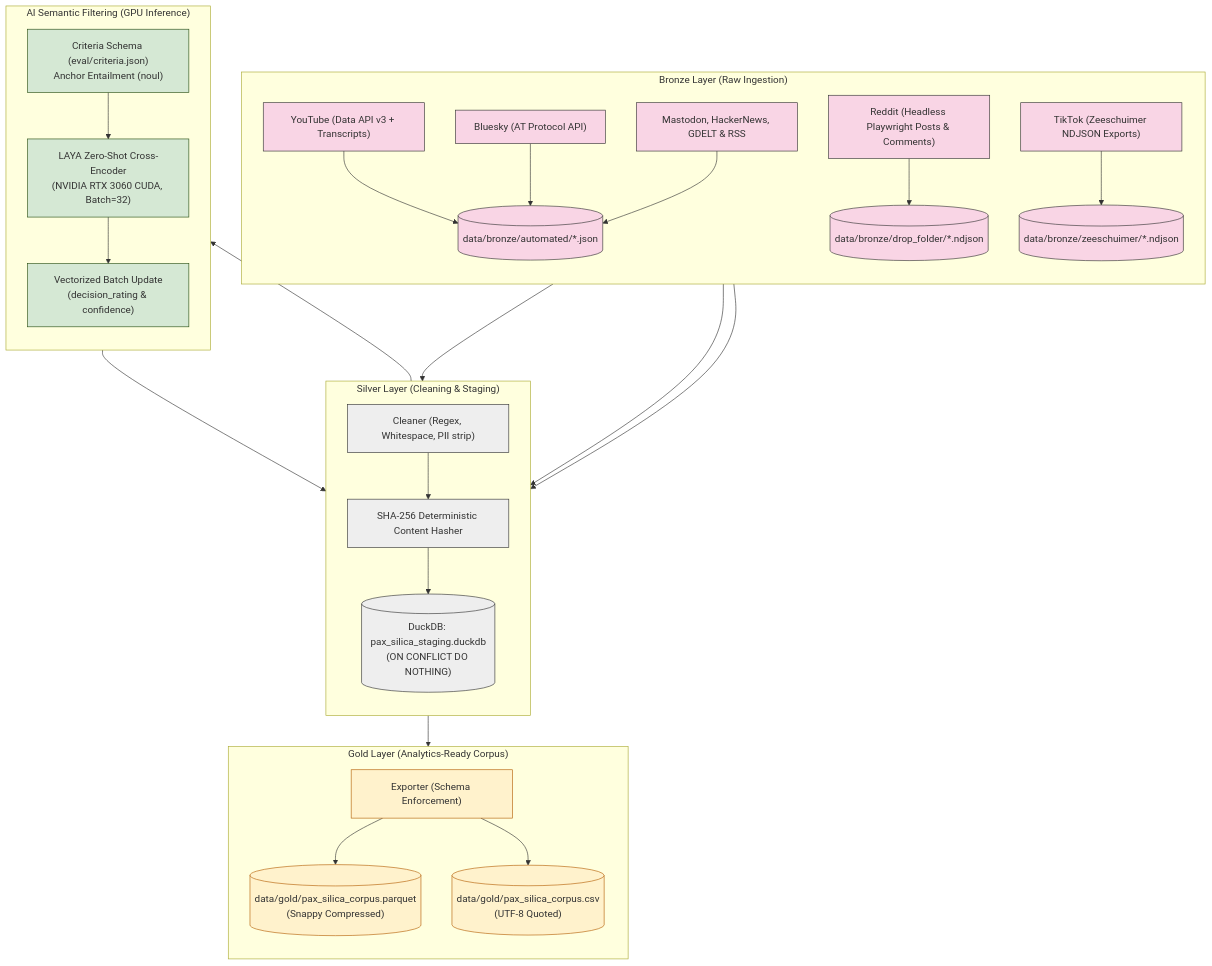
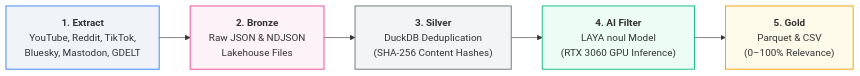
The first of 2 diagrams in README.md (jacob-cob-null/scrape_silica), drawn with Mermaid before and after one commit. The commit also changed other lines of this file, not shown here.

Commit message:
Docs: Simplify Mermaid charts into clean, readable linear flows

````diff
--- a/README.md
+++ b/README.md
@@ -14,56 +14,13 @@
 ```mermaid
-flowchart TD
-    subgraph Bronze["Bronze Layer (Raw Ingestion)"]
-        direction TB
-        E1["YouTube (Data API v3 + Transcripts)"]
-        E2["Reddit (Headless Playwright Posts & Comments)"]
-        E3["TikTok (Zeeschuimer NDJSON Exports)"]
-        E4["Bluesky (AT Protocol API)"]
-        E5["Mastodon, HackerNews, GDELT & RSS"]
-        
-        E1 --> B1[("data/bronze/automated/*.json")]
-        E2 --> B2[("data/bronze/drop_folder/*.ndjson")]
-        E3 --> B3[("data/bronze/zeeschuimer/*.ndjson")]
-        E4 --> B1
-        E5 --> B1
-    end
+flowchart LR
+    A["<b>1. Extract</b><br/>YouTube, Reddit, TikTok,<br/>Bluesky, Mastodon, GDELT"] --> B["<b>2. Bronze</b><br/>Raw JSON & NDJSON<br/>Lakehouse Files"]
+    B --> C["<b>3. Silver</b><br/>DuckDB Deduplication<br/>(SHA-256 Content Hashes)"]
+    C --> D["<b>4. AI Filter</b><br/>LAYA noul Model<br/>(RTX 3060 GPU Inference)"]
+    D --> E["<b>5. Gold</b><br/>Parquet & CSV<br/>(0–100% Relevance)"]
 
-    subgraph Silver["Silver Layer (Cleaning & Staging)"]
-        direction TB
-        C1["Cleaner (Regex, Whitespace, PII strip)"]
-        D1["SHA-256 Deterministic Content Hasher"]
-        DB[("DuckDB: pax_silica_staging.duckdb<br/>(ON CONFLICT DO NOTHING)")]
-        
-        B1 & B2 & B3 --> C1 --> D1 --> DB
-    end
-
-    subgraph AI["AI Semantic Filtering (GPU Inference)"]
-        direction TB
-        CRIT["Criteria Schema (eval/criteria.json)<br/>Anchor Entailment (noul)"]
-        LAYA["LAYA Zero-Shot Cross-Encoder<br/>(NVIDIA RTX 3060 CUDA, Batch=32)"]
-        UPD["Vectorized Batch Update<br/>(decision_rating & confidence)"]
-        
-        DB --> LAYA
-        CRIT --> LAYA
-        LAYA --> UPD --> DB
-    end
-
-    subgraph Gold["Gold Layer (Analytics-Ready Corpus)"]
-        direction TB
-        EXP["Exporter (Schema Enforcement)"]
-        G_PQ[("data/gold/pax_silica_corpus.parquet<br/>(Snappy Compressed)")]
-        G_CSV[("data/gold/pax_silica_corpus.csv<br/>(UTF-8 Quoted)")]
-        
-        DB --> EXP --> G_PQ & G_CSV
-    end
-
-    classDef bronze fill:#f9d5e5,stroke:#333,stroke-width:1px;
-    classDef silver fill:#eeeeee,stroke:#333,stroke-width:1px;
-    classDef ai fill:#d5e8d4,stroke:#274e13,stroke-width:1px;
-    classDef gold fill:#fff2cc,stroke:#b45f06,stroke-width:1px;
-
-    class E1,E2,E3,E4,E5,B1,B2,B3 bronze;
-    class C1,D1,DB silver;
-    class CRIT,LAYA,UPD ai;
-    class EXP,G_PQ,G_CSV gold;
+    style A fill:#f0f4f8,stroke:#3b82f6,stroke-width:1.5px
+    style B fill:#fdf2f8,stroke:#ec4899,stroke-width:1.5px
+    style C fill:#f3f4f6,stroke:#6b7280,stroke-width:1.5px
+    style D fill:#ecfdf5,stroke:#10b981,stroke-width:1.5px
+    style E fill:#fffbeb,stroke:#f59e0b,stroke-width:1.5px
 ```
````
